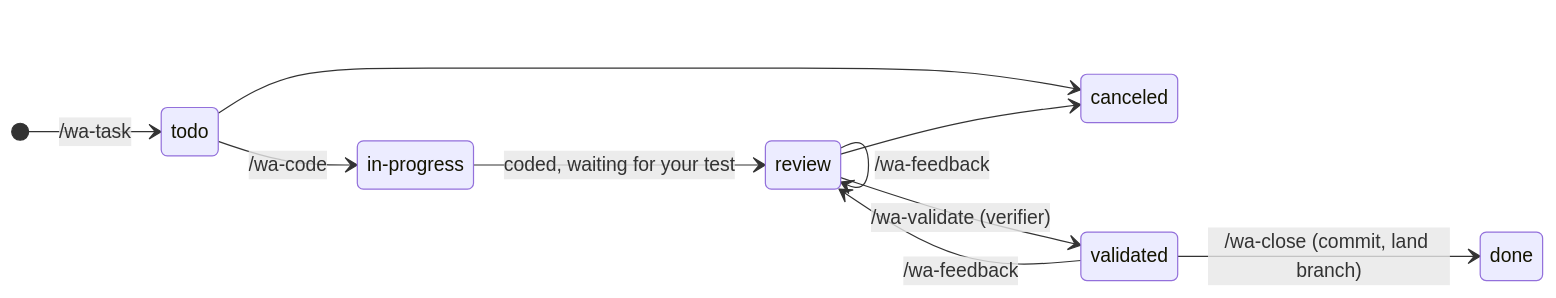
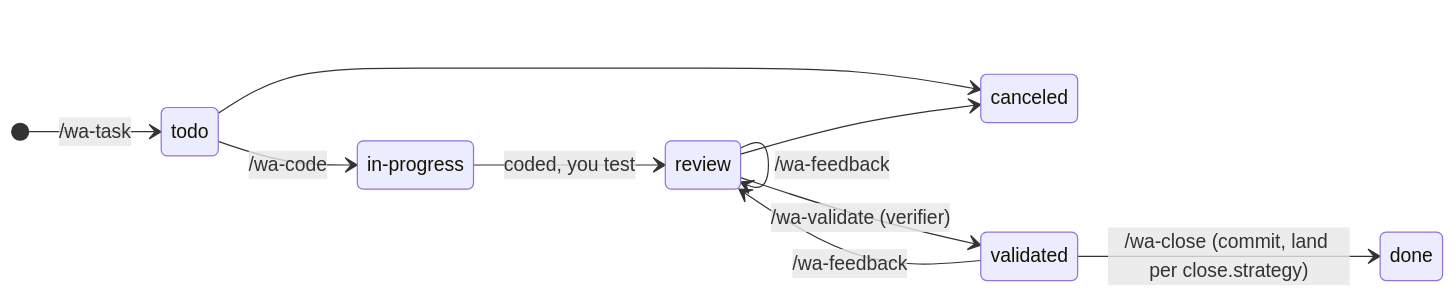
Before and after one commit to rlatapy-luna/whackagent: the seventh of 7 diagrams in WORKFLOW.md, drawn with Mermaid. The commit also changed other lines of this file and 30 other files, not shown here.

````diff
--- a/WORKFLOW.md
+++ b/WORKFLOW.md
@@ -138,14 +254,14 @@
 ```mermaid
 stateDiagram-v2
     direction LR
     [*] --> todo: /wa-task
     todo --> in_progress: /wa-code
-    in_progress --> review: coded, waiting for your test
+    in_progress --> review: coded, you test
     review --> review: /wa-feedback
     review --> validated: /wa-validate (verifier)
     validated --> review: /wa-feedback
-    validated --> done: /wa-close (commit, land branch)
+    validated --> done: /wa-close (commit, land per close.strategy)
     todo --> canceled
     review --> canceled
     state "in-progress" as in_progress
 ```
````
